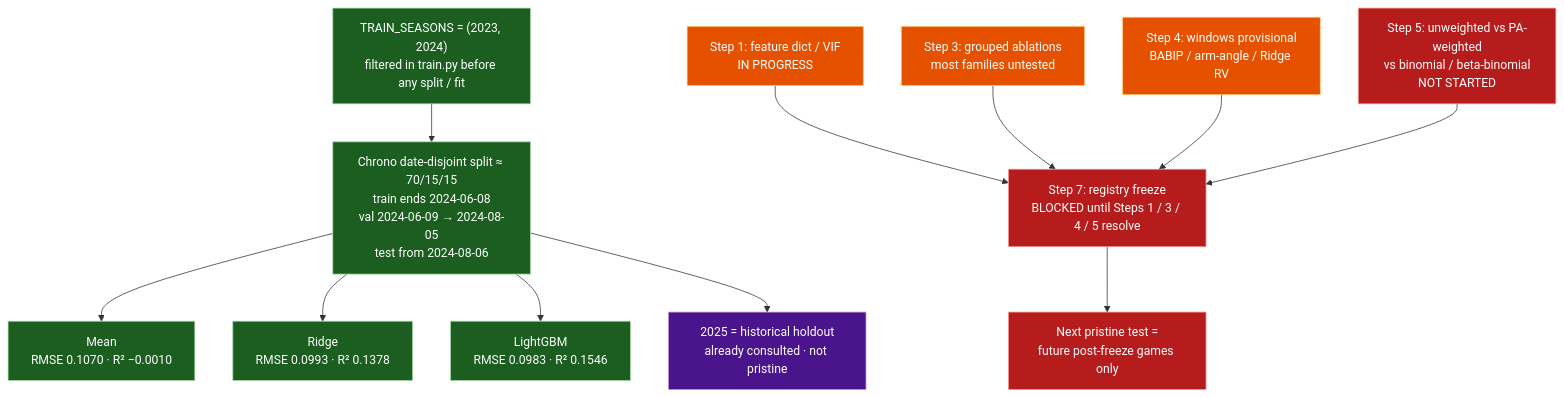
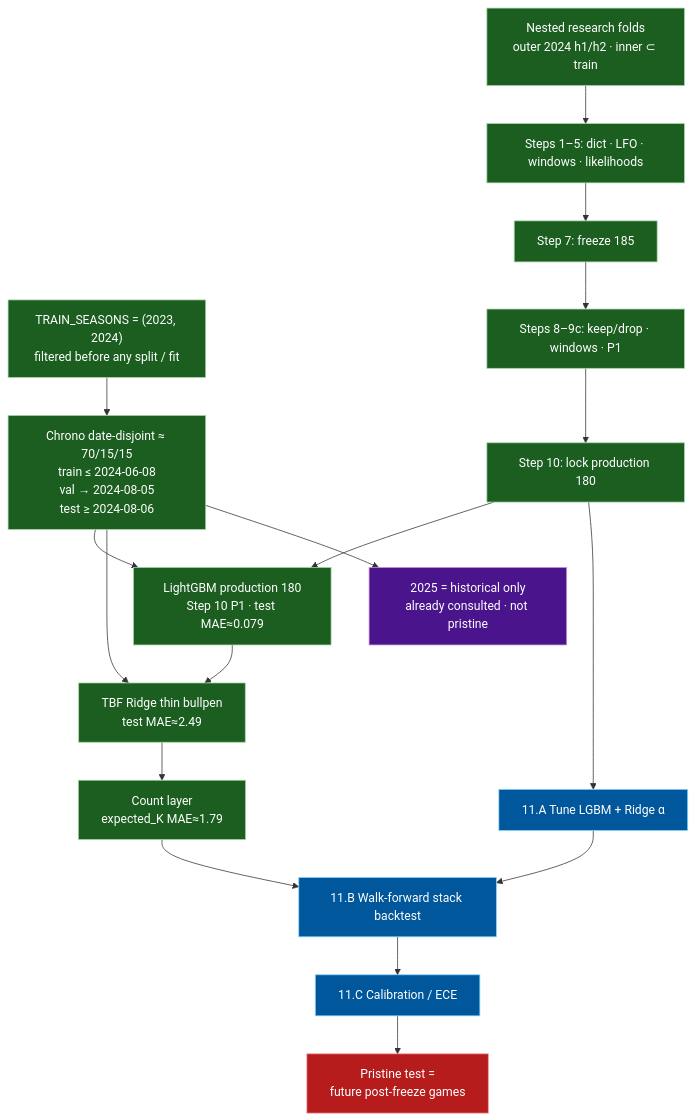
The diagram in diagrams/03-modeling-and-evaluation.md (Cbkaplinger/MLB-Props), drawn with Mermaid before and after one commit. The commit also changed other lines of this file and 105 other files, not shown here.

Commit message:
Ship strikeout production stack, registry freeze docs, 2026 Savant data, and root hygiene.

````diff
--- a/diagrams/03-modeling-and-evaluation.md
+++ b/diagrams/03-modeling-and-evaluation.md
@@ -6,36 +6,39 @@
 ```mermaid
 flowchart TB
   classDef built fill:#1b5e20,stroke:#a5d6a7,color:#fff
   classDef partial fill:#e65100,stroke:#ffcc80,color:#fff
   classDef missing fill:#b71c1c,stroke:#ef9a9a,color:#fff
   classDef risk fill:#4a148c,stroke:#ce93d8,color:#fff
-  classDef research fill:#0d47a1,stroke:#90caf9,color:#fff
+  classDef next fill:#01579b,stroke:#81d4fa,color:#fff
 
-  SEAS["TRAIN_SEASONS = (2023, 2024)<br/>filtered in train.py before any split / fit"]:::built
-  SPLIT["Chrono date-disjoint split ≈ 70/15/15<br/>train ends 2024-06-08<br/>val 2024-06-09 → 2024-08-05<br/>test from 2024-08-06"]:::built
+  SEAS["TRAIN_SEASONS = (2023, 2024)<br/>filtered before any split / fit"]:::built
+  SPLIT["Chrono date-disjoint ≈ 70/15/15<br/>train ≤ 2024-06-08<br/>val → 2024-08-05<br/>test ≥ 2024-08-06"]:::built
+  NEST["Nested research folds<br/>outer 2024 h1/h2 · inner ⊂ train"]:::built
 
-  MEAN["Mean<br/>RMSE 0.1070 · R² −0.0010"]:::built
-  RIDGE["Ridge<br/>RMSE 0.0993 · R² 0.1378"]:::built
-  LGBM["LightGBM<br/>RMSE 0.0983 · R² 0.1546"]:::built
-  HOLD["2025 = historical holdout<br/>already consulted · not pristine"]:::risk
+  LGBM["LightGBM production 180<br/>Step 10 P1 · test MAE≈0.079"]:::built
+  TBF["TBF Ridge thin bullpen<br/>test MAE≈2.49"]:::built
+  CNT["Count layer<br/>expected_K MAE≈1.79"]:::built
+  HOLD["2025 = historical only<br/>already consulted · not pristine"]:::risk
 
-  S1["Step 1: feature dict / VIF<br/>IN PROGRESS"]:::partial
-  S3["Step 3: grouped ablations<br/>most families untested"]:::partial
-  S4["Step 4: windows provisional<br/>BABIP / arm-angle / Ridge RV"]:::partial
-  S5["Step 5: unweighted vs PA-weighted<br/>vs binomial / beta-binomial<br/>NOT STARTED"]:::missing
+  S1["Steps 1–5: dict · LFO · windows · likelihoods"]:::built
+  S7["Step 7: freeze 185"]:::built
+  S89["Steps 8–9c: keep/drop · windows · P1"]:::built
+  S10["Step 10: lock production 180"]:::built
 
-  S7["Step 7: registry freeze<br/>BLOCKED until Steps 1 / 3 / 4 / 5 resolve"]:::missing
-  NEXT["Next pristine test =<br/>future post-freeze games only"]:::missing
+  TUNE["11.A Tune LGBM + Ridge α"]:::next
+  WF["11.B Walk-forward stack backtest"]:::next
+  CAL["11.C Calibration / ECE"]:::next
+  NEXT["Pristine test =<br/>future post-freeze games"]:::missing
 
   SEAS --> SPLIT
-  SPLIT --> MEAN
-  SPLIT --> RIDGE
   SPLIT --> LGBM
+  SPLIT --> TBF
   SPLIT --> HOLD
-
-  S1 --> S7
-  S3 --> S7
-  S4 --> S7
-  S5 --> S7
-  S7 --> NEXT
+  NEST --> S1
+  S1 --> S7 --> S89 --> S10
+  S10 --> LGBM
+  LGBM --> TBF --> CNT
+  S10 --> TUNE --> WF --> CAL
+  CNT --> WF
+  CAL --> NEXT
 ```
````
